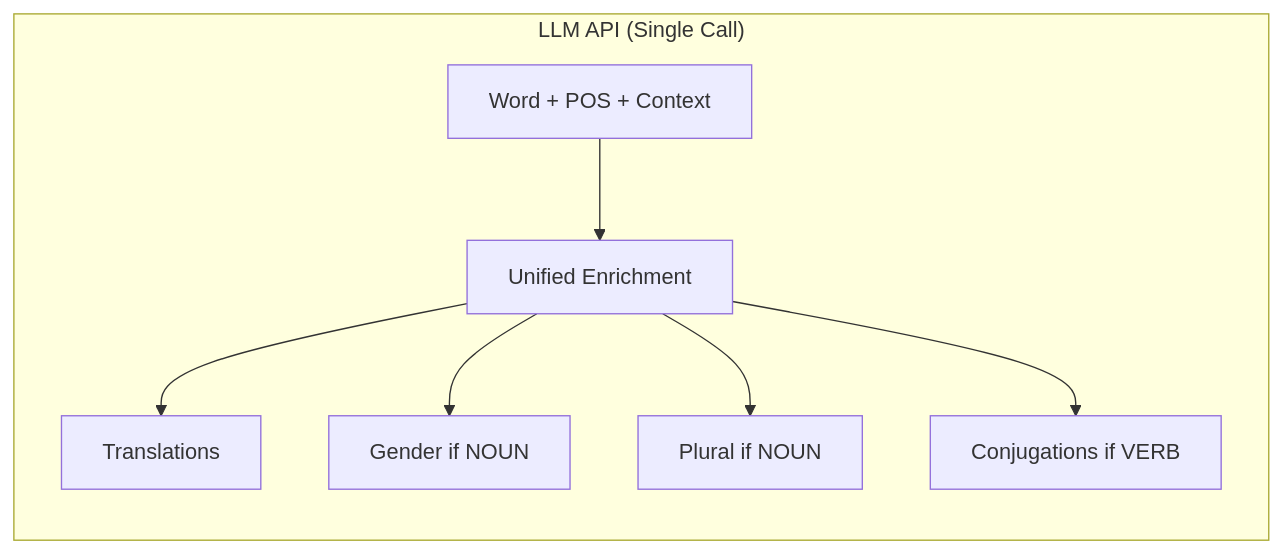
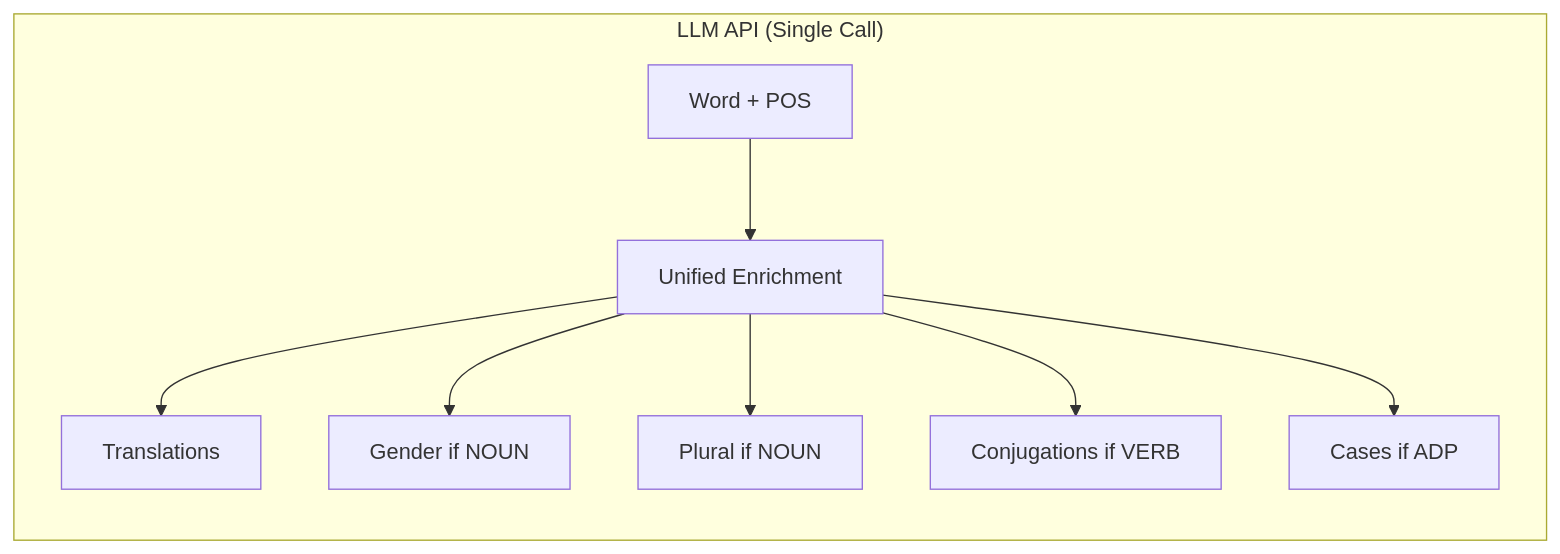
One commit to sapientpants/vocabext changed the eighth of 9 diagrams in docs/llm-pipelines.md. Above: the diagram before and after it, drawn with Mermaid. The commit also changed other lines of this file and 6 other files, not shown here.

````diff
--- a/docs/llm-pipelines.md
+++ b/docs/llm-pipelines.md
@@ -356,10 +356,11 @@
 ```mermaid
 flowchart LR
     subgraph LLM["LLM API (Single Call)"]
-        A[Word + POS + Context] --> B[Unified Enrichment]
+        A[Word + POS] --> B[Unified Enrichment]
         B --> C[Translations]
         B --> D[Gender if NOUN]
         B --> E[Plural if NOUN]
         B --> F[Conjugations if VERB]
+        B --> G[Cases if ADP]
     end
 ```
````
